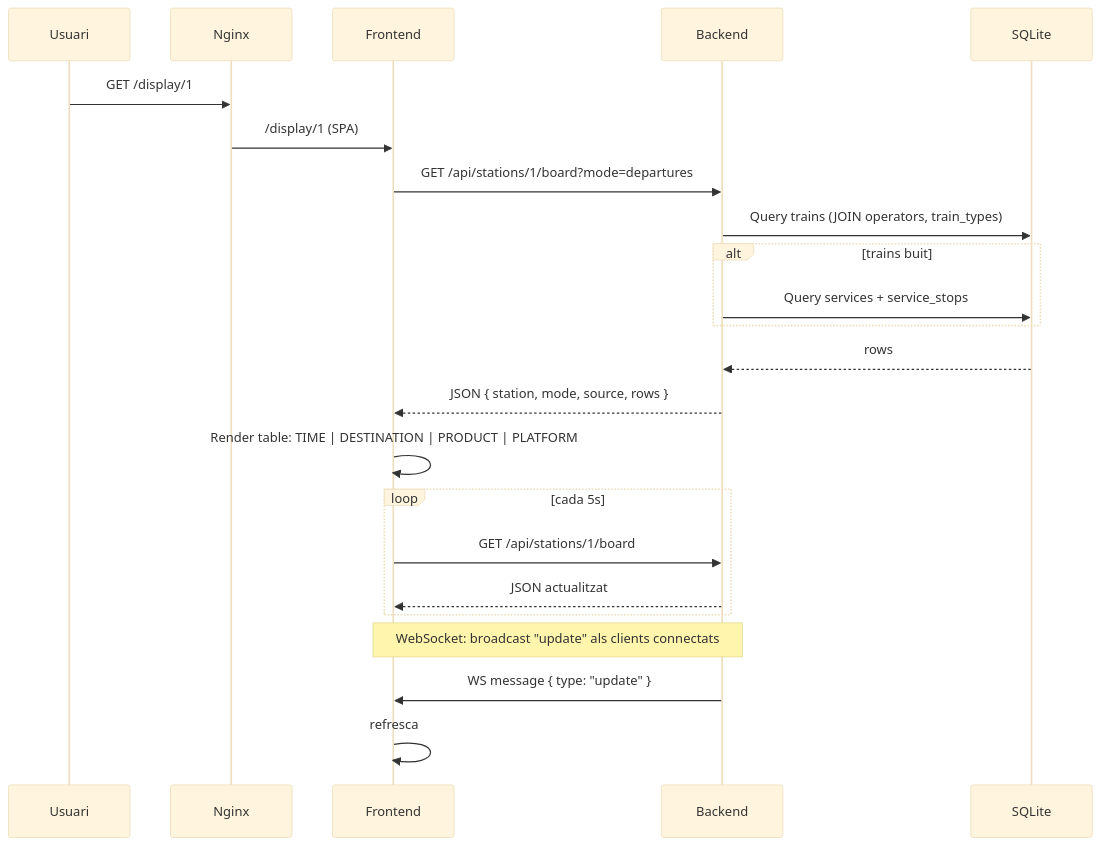
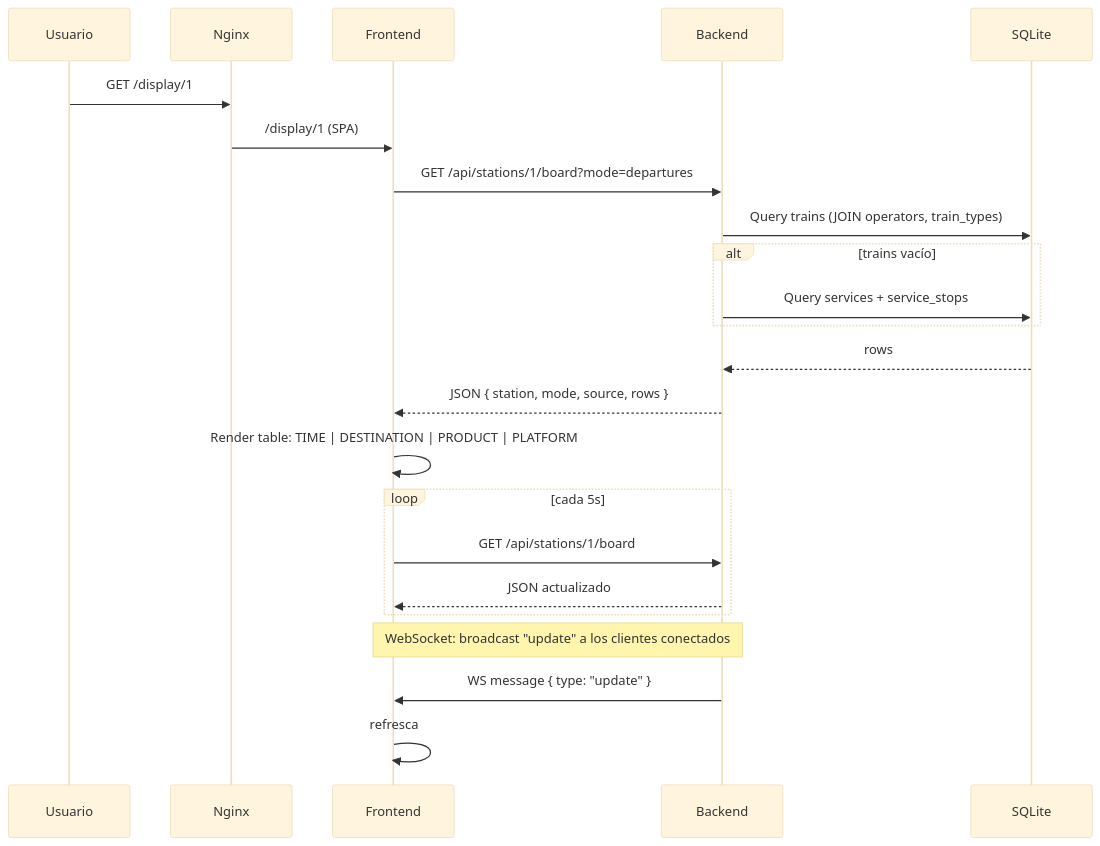
The fifth of 6 diagrams in docs/architecture.md (andreums/railboard), drawn with Mermaid (base theme) before and after one commit. The commit also changed other lines of this file and 9 other files, not shown here.

````diff
--- a/docs/architecture.md
+++ b/docs/architecture.md
@@ -182,28 +182,28 @@
 ```mermaid
 sequenceDiagram
-    participant U as Usuari
+    participant U as Usuario
     participant N as Nginx
     participant FE as Frontend
     participant BE as Backend
     participant DB as SQLite
 
     U->>N: GET /display/1
     N->>FE: /display/1 (SPA)
     FE->>BE: GET /api/stations/1/board?mode=departures
     BE->>DB: Query trains (JOIN operators, train_types)
-    alt trains buit
+    alt trains vacío
         BE->>DB: Query services + service_stops
     end
     DB-->>BE: rows
     BE-->>FE: JSON { station, mode, source, rows }
     FE->>FE: Render table: TIME | DESTINATION | PRODUCT | PLATFORM
 
     loop cada 5s
         FE->>BE: GET /api/stations/1/board
-        BE-->>FE: JSON actualitzat
+        BE-->>FE: JSON actualizado
     end
 
-    Note over FE,BE: WebSocket: broadcast "update" als clients connectats
+    Note over FE,BE: WebSocket: broadcast "update" a los clientes conectados
     BE->>FE: WS message { type: "update" }
     FE->>FE: refresca
 ```
````
